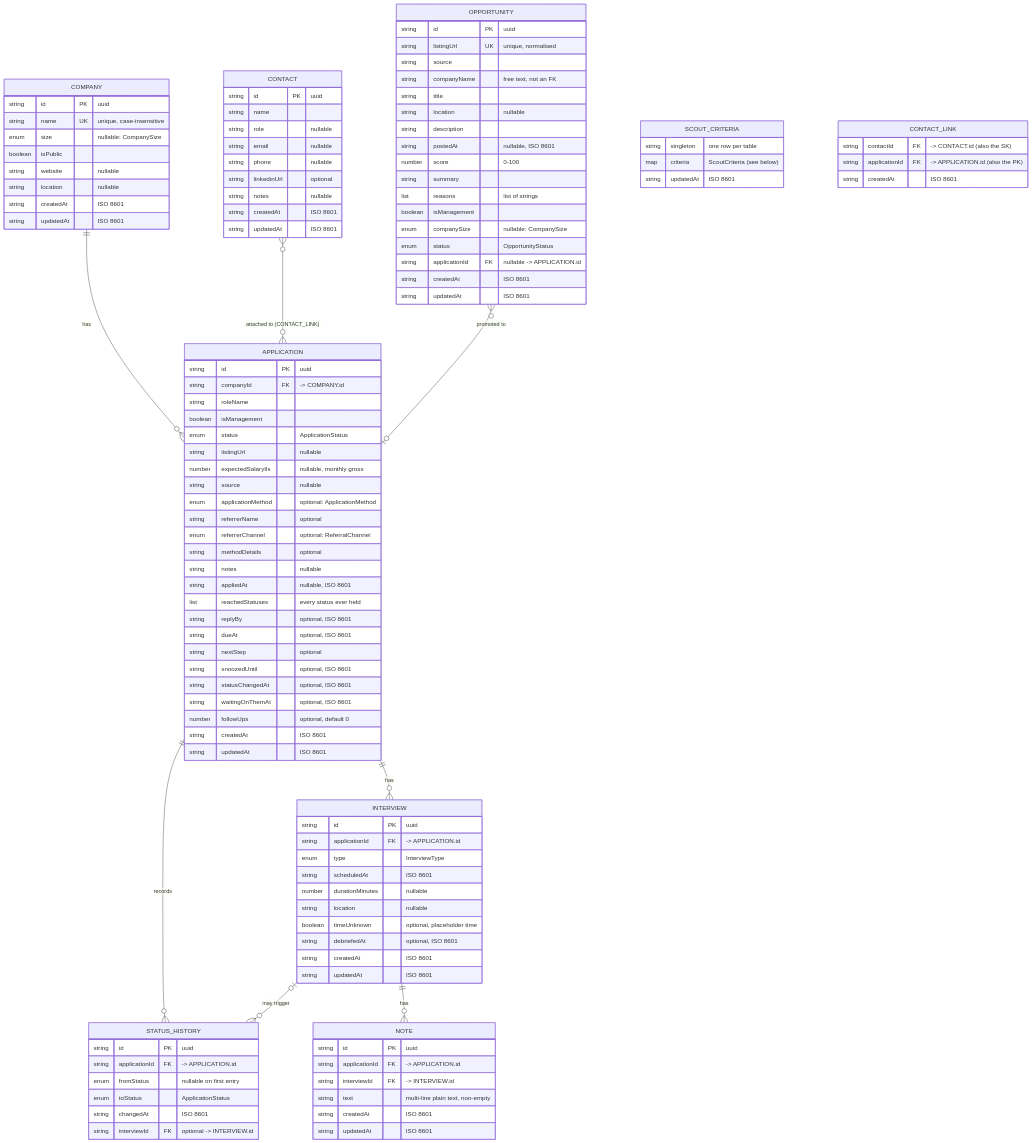
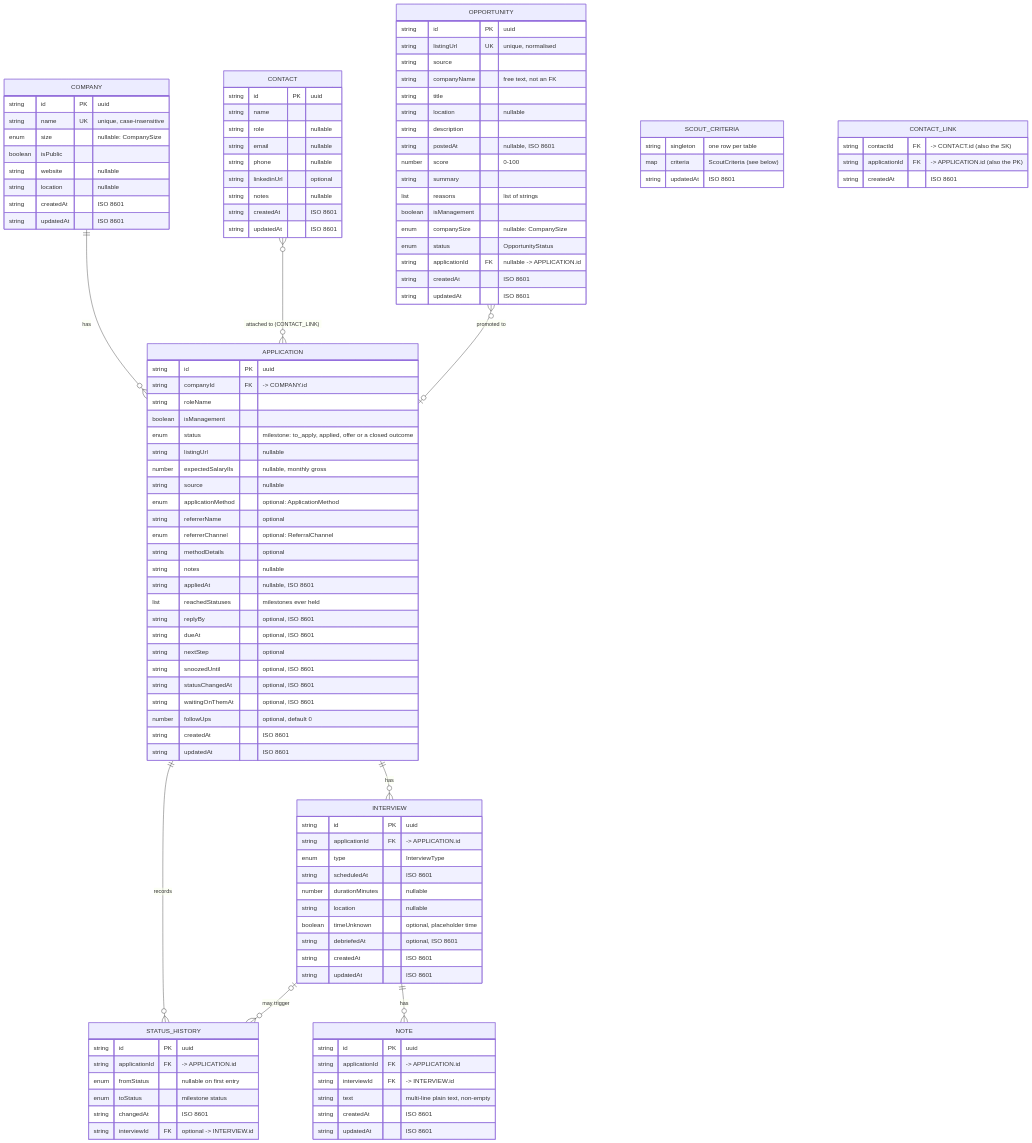
One commit to shayyzhakov/job-tracker changed the first of 2 diagrams in docs/DATA-MODEL.md. Above: the diagram before and after it, drawn with Mermaid. The commit also changed other lines of this file and 49 other files, not shown here.

First line of the commit message:
Add timeline view, round statuses migration and application view switch

```diff
--- a/docs/DATA-MODEL.md
+++ b/docs/DATA-MODEL.md
@@ -38,7 +38,7 @@
         string companyId FK "-> COMPANY.id"
         string roleName
         boolean isManagement
-        enum status "ApplicationStatus"
+        enum status "milestone: to_apply, applied, offer or a closed outcome"
         string listingUrl "nullable"
         number expectedSalaryIls "nullable, monthly gross"
         string source "nullable"
@@ -48,7 +48,7 @@
         string methodDetails "optional"
         string notes "nullable"
         string appliedAt "nullable, ISO 8601"
-        list reachedStatuses "every status ever held"
+        list reachedStatuses "milestones ever held"
         string replyBy "optional, ISO 8601"
         string dueAt "optional, ISO 8601"
         string nextStep "optional"
@@ -104,7 +104,7 @@
         string id PK "uuid"
         string applicationId FK "-> APPLICATION.id"
         enum fromStatus "nullable on first entry"
-        enum toStatus "ApplicationStatus"
+        enum toStatus "milestone status"
         string changedAt "ISO 8601"
         string interviewId FK "optional -> INTERVIEW.id"
     }
```
